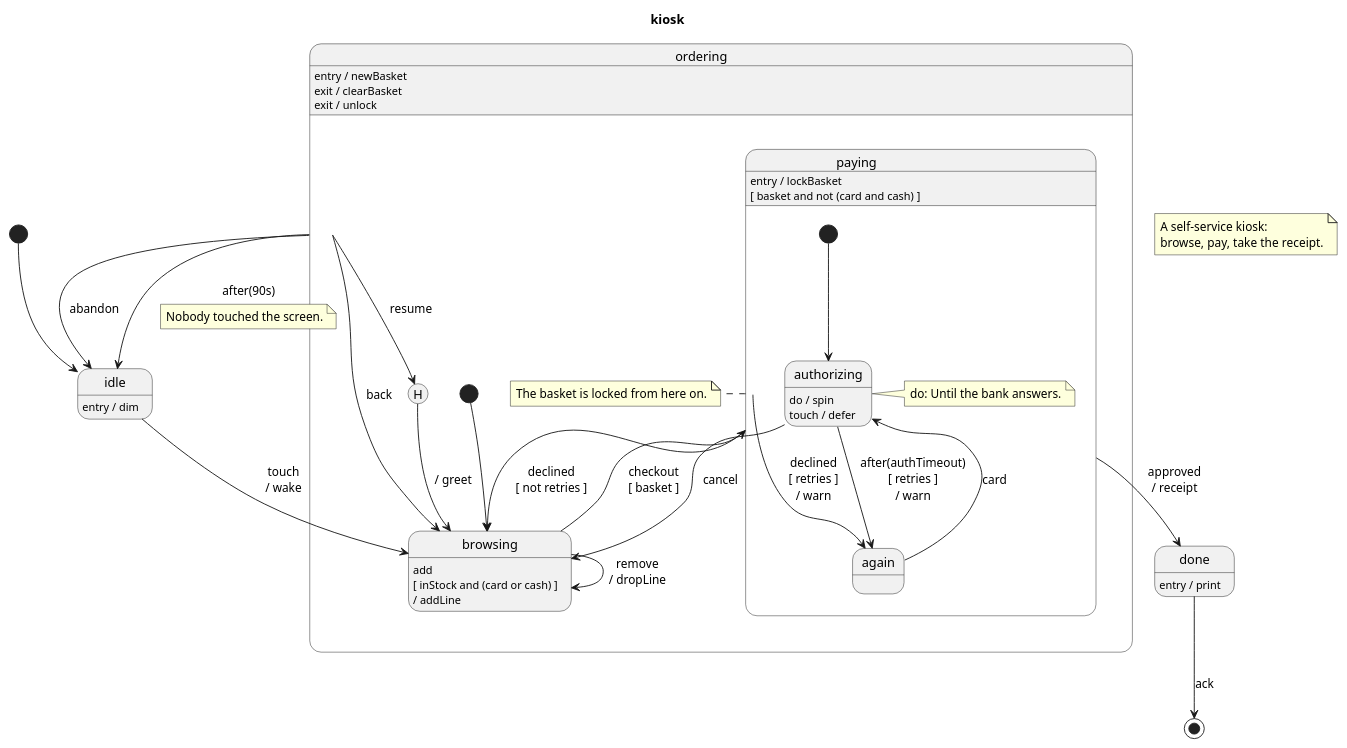
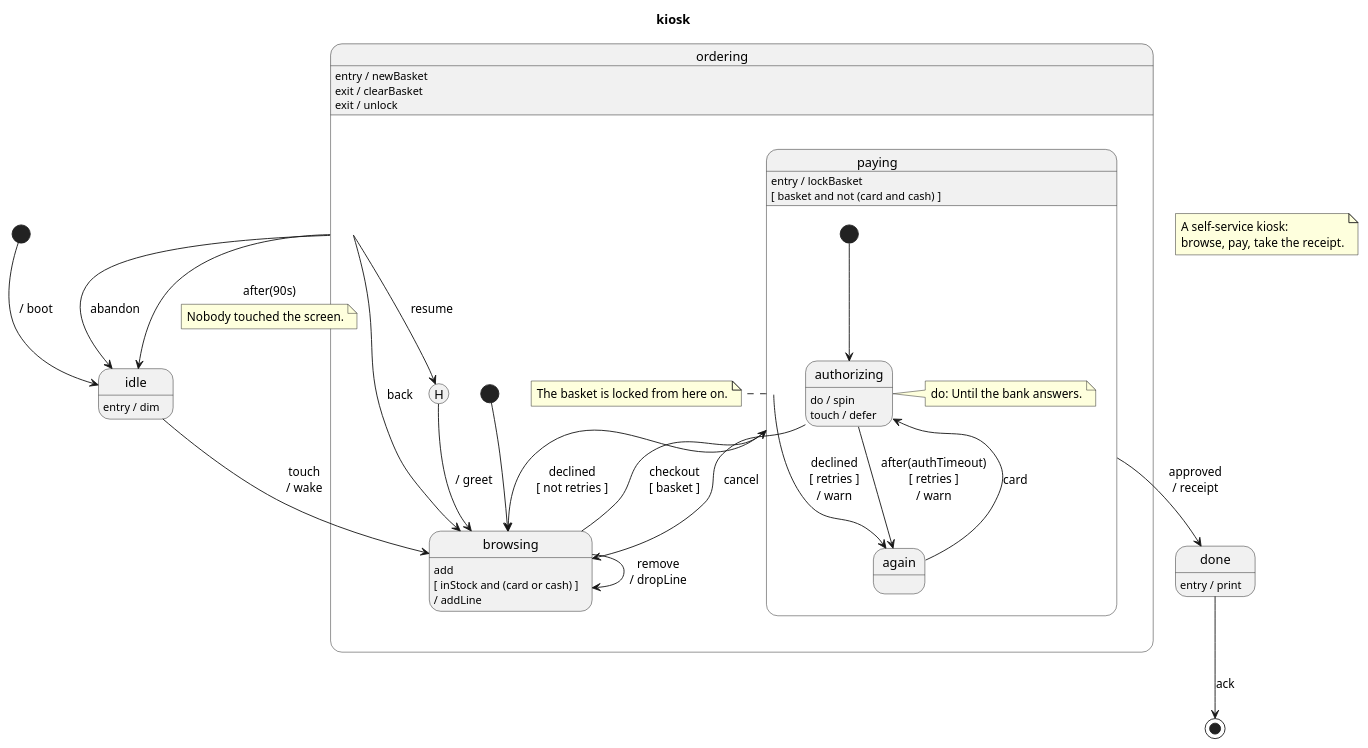
Before and after one commit to vincedupuis/transplantUML: the diagram in example/kiosk.puml, drawn with PlantUML. The commit also changed 22 other files, not shown here.

```diff
--- a/example/kiosk.puml
+++ b/example/kiosk.puml
@@ -1,49 +1,49 @@
 @startuml
 title kiosk
 note as machineNote
     A self-service kiosk:
     browse, pay, take the receipt.
 end note
-[*] --> idle
+[*] --> idle: / boot
 state idle
 idle : entry / dim
 state ordering {
     [*] --> browsing
     state browsing
     state paying {
         [*] --> authorizing
         state authorizing
         authorizing : do / spin
         authorizing : touch / defer
         note right of authorizing : do: Until the bank answers.
         state again
         authorizing --> again: after(authTimeout)\n[ retries ]\n/ warn
         again --> authorizing: card
     }
     paying : entry / lockBasket
     paying : [ basket and not (card and cash) ]
     note right of paying : The basket is locked from here on.
     state "ordering.H" as ordering_H <<history>>
     browsing : add\n[ inStock and (card or cash) ]\n/ addLine
     browsing --> browsing: remove\n/ dropLine
     browsing --> paying: checkout\n[ basket ]
     paying --> again: declined\n[ retries ]\n/ warn
     paying --> browsing: declined\n[ not retries ]
     authorizing --> browsing: cancel
     ordering_H --> browsing: / greet
 }
 ordering : entry / newBasket
 ordering : exit / clearBasket
 ordering : exit / unlock
 state done
 done : entry / print
 state final <<end>>
 idle --> browsing: touch\n/ wake
 ordering --> idle: abandon
 ordering --> idle: after(90s)
 note on link : Nobody touched the screen.
 ordering --> ordering_H: resume
 ordering --> browsing: back
 paying --> done: approved\n/ receipt
 done --> final: ack
 @enduml
```
